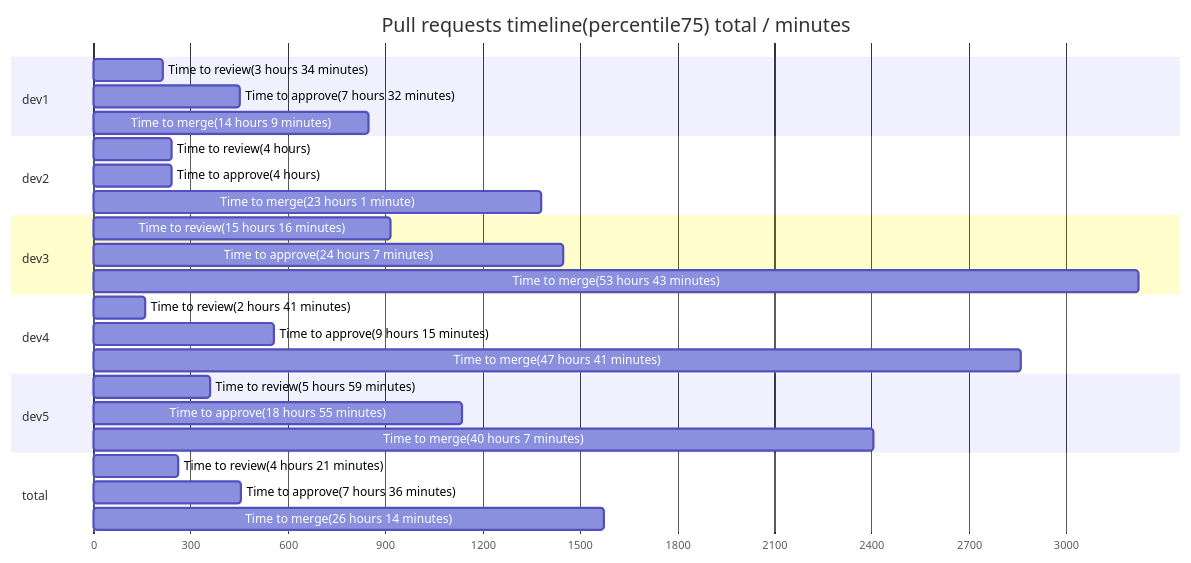
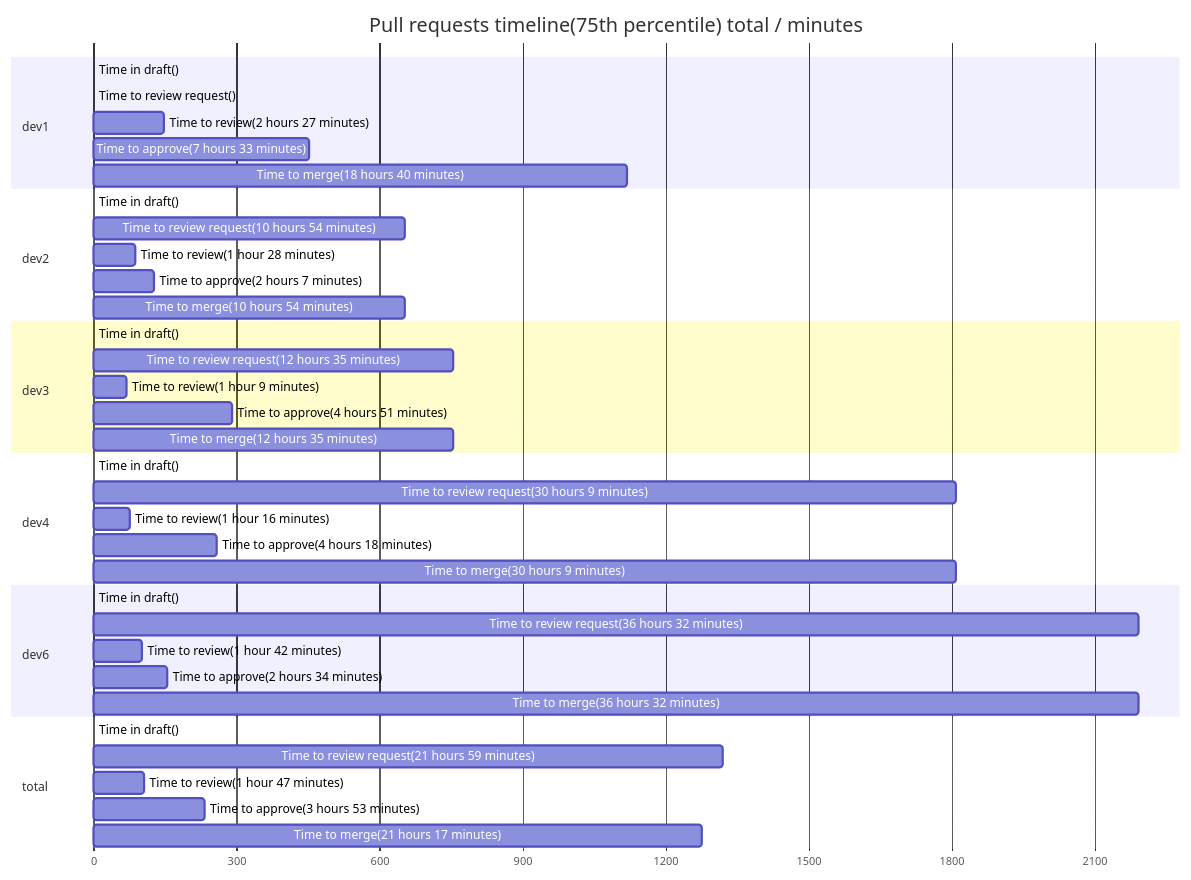
One commit to AlexSim93/pull-request-analytics-action changed the third of 9 diagrams in examples/periodReport.md. Above: the diagram before and after it, drawn with Mermaid. The commit also changed other lines of this file and 7 other files, not shown here.

````diff
--- a/examples/periodReport.md
+++ b/examples/periodReport.md
@@ -155,36 +259,48 @@
 ```mermaid
 gantt
-title Pull requests timeline(percentile75) total / minutes
+title Pull requests timeline(75th percentile) total / minutes
 dateFormat X
 axisFormat %s
 section dev1
-                Time to review(3 hours 34 minutes) :  0, 214
-Time to approve(7 hours 32 minutes) :  0, 452
-Time to merge(14 hours 9 minutes) :  0, 849
+                Time in draft() :  0, 0
+Time to review request() :  0, 0
+Time to review(2 hours 27 minutes) :  0, 147
+Time to approve(7 hours 33 minutes) :  0, 453
+Time to merge(18 hours 40 minutes) :  0, 1120
 
 section dev2
-                Time to review(4 hours) :  0, 240
-Time to approve(4 hours) :  0, 240
-Time to merge(23 hours 1 minute) :  0, 1381
+                Time in draft() :  0, 0
+Time to review request(10 hours 54 minutes) :  0, 654
+Time to review(1 hour 28 minutes) :  0, 88
+Time to approve(2 hours 7 minutes) :  0, 127
+Time to merge(10 hours 54 minutes) :  0, 654
 
 section dev3
-                Time to review(15 hours 16 minutes) :  0, 916
-Time to approve(24 hours 7 minutes) :  0, 1447
-Time to merge(53 hours 43 minutes) :  0, 3223
+                Time in draft() :  0, 0
+Time to review request(12 hours 35 minutes) :  0, 755
+Time to review(1 hour 9 minutes) :  0, 69
+Time to approve(4 hours 51 minutes) :  0, 291
+Time to merge(12 hours 35 minutes) :  0, 755
 
 section dev4
-                Time to review(2 hours 41 minutes) :  0, 161
-Time to approve(9 hours 15 minutes) :  0, 555
-Time to merge(47 hours 41 minutes) :  0, 2861
+                Time in draft() :  0, 0
+Time to review request(30 hours 9 minutes) :  0, 1809
+Time to review(1 hour 16 minutes) :  0, 76
+Time to approve(4 hours 18 minutes) :  0, 258
+Time to merge(30 hours 9 minutes) :  0, 1809
 
-section dev5
-                Time to review(5 hours 59 minutes) :  0, 359
-Time to approve(18 hours 55 minutes) :  0, 1135
-Time to merge(40 hours 7 minutes) :  0, 2407
+section dev6
+                Time in draft() :  0, 0
+Time to review request(36 hours 32 minutes) :  0, 2192
+Time to review(1 hour 42 minutes) :  0, 102
+Time to approve(2 hours 34 minutes) :  0, 154
+Time to merge(36 hours 32 minutes) :  0, 2192
 
 section total
-                Time to review(4 hours 21 minutes) :  0, 261
-Time to approve(7 hours 36 minutes) :  0, 456
-Time to merge(26 hours 14 minutes) :  0, 1574
+                Time in draft() :  0, 0
+Time to review request(21 hours 59 minutes) :  0, 1319
+Time to review(1 hour 47 minutes) :  0, 107
+Time to approve(3 hours 53 minutes) :  0, 233
+Time to merge(21 hours 17 minutes) :  0, 1277
 
 ```
````
